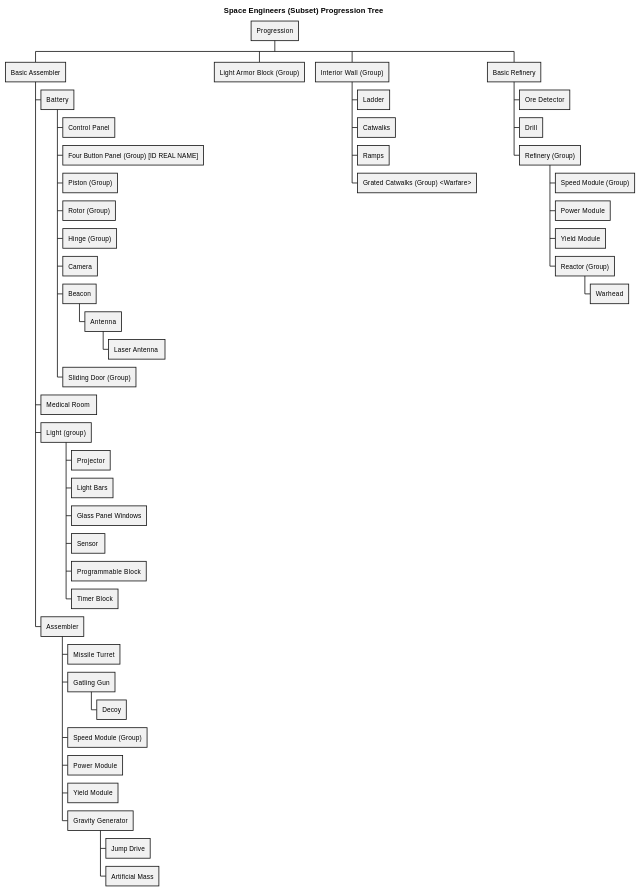
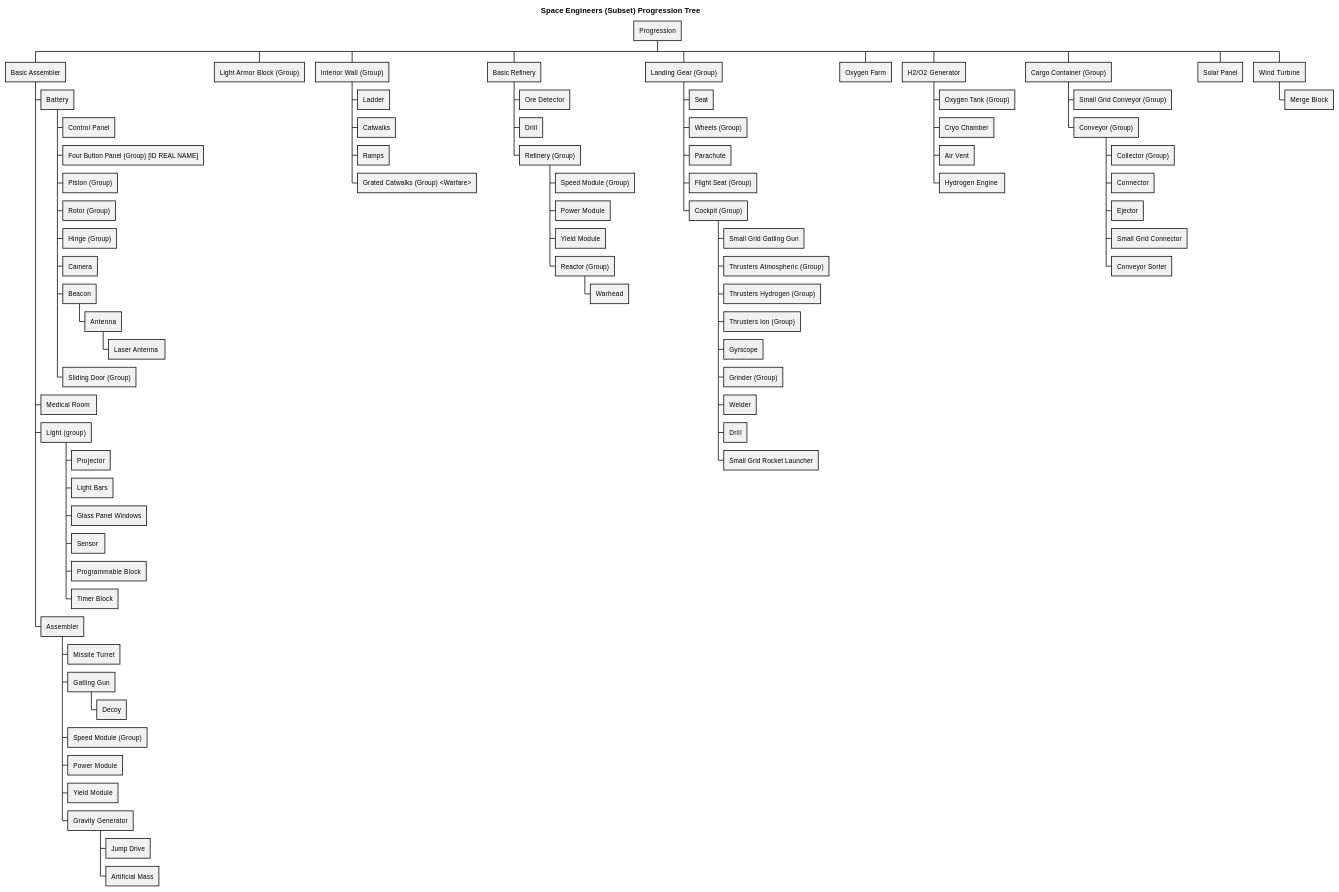
The diagram in README.md (ActuallyFro/SpaceEngineersProgression), drawn with PlantUML before and after one commit.

Commit message:
{README} Final updates

````diff
--- a/README.md
+++ b/README.md
@@ -65,6 +65,37 @@
 ++++ Yield Module
 ++++ Reactor (Group)
 +++++ Warhead
-
+++ Landing Gear (Group)
++++ Seat
++++ Wheels (Group)
++++ Parachute
++++ Flight Seat (Group)
++++ Cockpit (Group)
+++++ Small Grid Gatling Gun
+++++ Thrusters Atmospheric (Group)
+++++ Thrusters Hydrogen (Group)
+++++ Thrusters Ion (Group)
+++++ Gyrscope
+++++ Grinder (Group)
+++++ Welder
+++++ Drill
+++++ Small Grid Rocket Launcher
+++ Oxygen Farm
+++ H2/O2 Generator
++++ Oxygen Tank (Group)
++++ Cryo Chamber
++++ Air Vent
++++ Hydrogen Engine 
+++ Cargo Container (Group)
++++ Small Grid Conveyor (Group)
++++ Conveyor (Group)
+++++ Collector (Group)
+++++ Connector
+++++ Ejector
+++++ Small Grid Connector
+++++ Conveyor Sorter
+++ Solar Panel
+++ Wind Turbine
++++ Merge Block
 @endwbs
 ```
````
